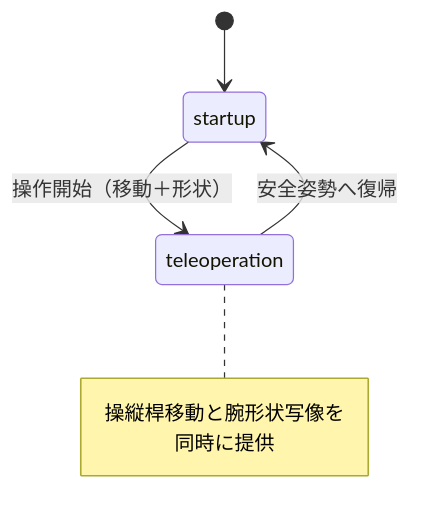
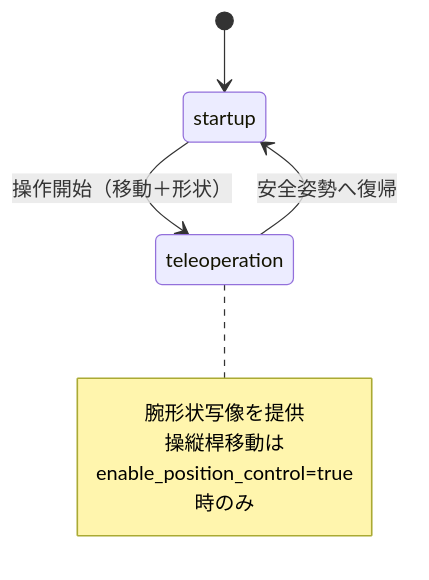
The third of 6 diagrams in robots/dracomancer/README.md (Tomoya-Oku/jsk_aerial_robot), drawn with Mermaid before and after one commit. The commit also changed other lines of this file and 3 other files, not shown here.

````diff
--- a/robots/dracomancer/README.md
+++ b/robots/dracomancer/README.md
@@ -101,9 +101,10 @@
 ```mermaid
 stateDiagram-v2
     [*] --> startup
     startup --> teleoperation: 操作開始（移動＋形状）
     teleoperation --> startup: 安全姿勢へ復帰
     note right of teleoperation
-      操縦桿移動と腕形状写像を同時に提供
+      腕形状写像を提供
+      操縦桿移動はenable_position_control=true時のみ
     end note
 ```
````
